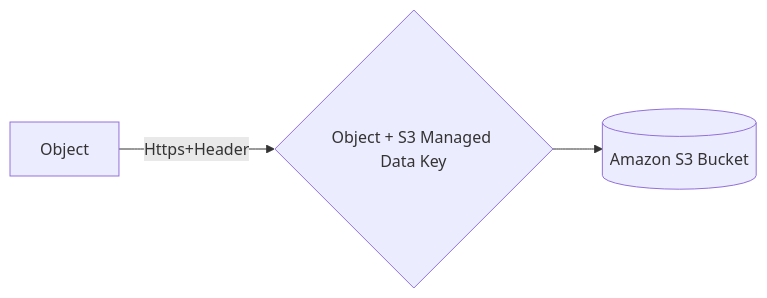
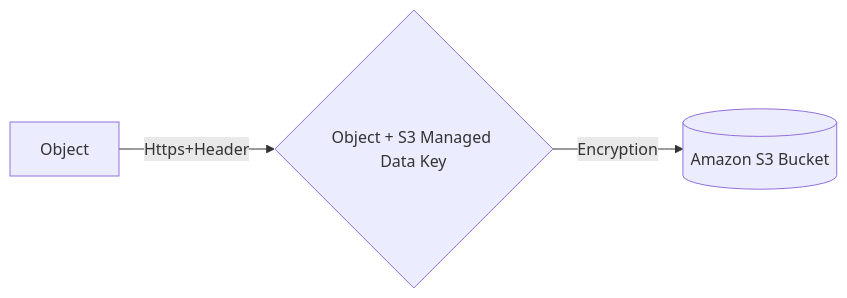
One commit to bertoxious/AWS changed the diagram in S3.md. Above: the diagram before and after it, drawn with Mermaid. The commit also changed other lines of this file, not shown here.

````diff
--- a/S3.md
+++ b/S3.md
@@ -16,5 +16,5 @@
 ```mermaid 
 graph LR;
   A[Object]--Https+Header--> B{Object + S3 Managed Data Key}
-  B--> C[(Amazon S3 Bucket)]
+  B--Encryption--> C[(Amazon S3 Bucket)]
 ```
````
